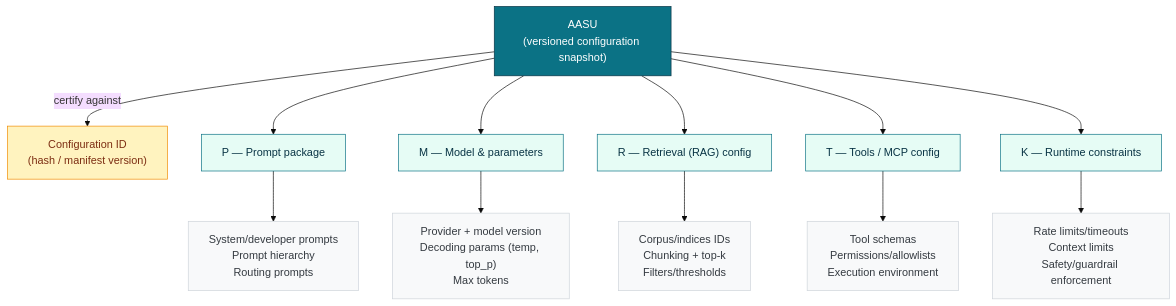
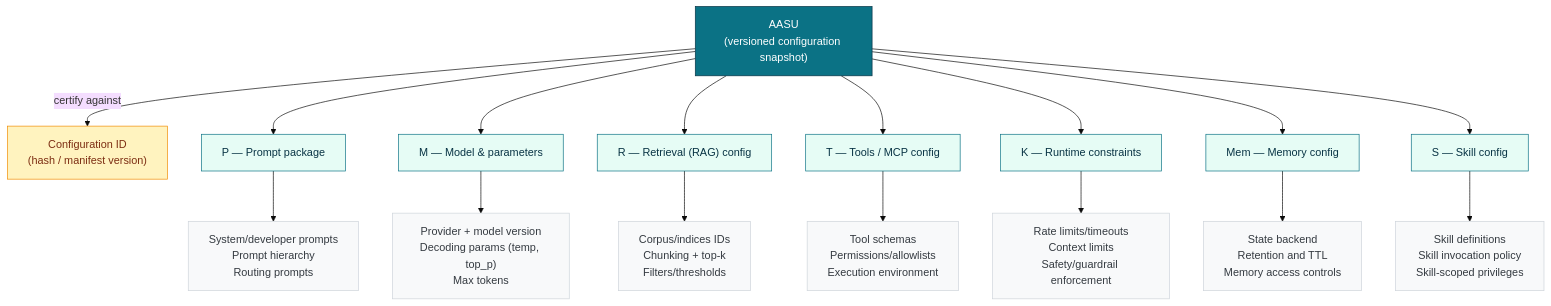
One commit to SAISec/AASU changed the first of 9 diagrams in AASU_White_Paper_Consolidated_v2_2.md. Above: the diagram before and after it, drawn with Mermaid (base theme). The commit also changed other lines of this file and 22 other files, not shown here.

Commit message:
Extend AASU PMRTK with memory/skill components and update docs/mermaid

````diff
--- a/AASU_White_Paper_Consolidated_v2_2.md
+++ b/AASU_White_Paper_Consolidated_v2_2.md
@@ -65,29 +68,35 @@
 ```mermaid
 flowchart TB
   A["AASU<br/>(versioned configuration snapshot)"]:::aasu
   ID["Configuration ID<br/>(hash / manifest version)"]:::id
 
   P["P — Prompt package"]:::comp
   M["M — Model & parameters"]:::comp
   R["R — Retrieval (RAG) config"]:::comp
   T["T — Tools / MCP config"]:::comp
   K["K — Runtime constraints"]:::comp
+  Mem["Mem — Memory config"]:::comp
+  S["S — Skill config"]:::comp
 
   A --> P
   A --> M
   A --> R
   A --> T
   A --> K
+  A --> Mem
+  A --> S
   A -->|certify against| ID
 
   P --> Pdetail["System/developer prompts<br/>Prompt hierarchy<br/>Routing prompts"]:::detail
   M --> Mdetail["Provider + model version<br/>Decoding params (temp, top_p)<br/>Max tokens"]:::detail
   R --> Rdetail["Corpus/indices IDs<br/>Chunking + top-k<br/>Filters/thresholds"]:::detail
   T --> Tdetail["Tool schemas<br/>Permissions/allowlists<br/>Execution environment"]:::detail
   K --> Kdetail["Rate limits/timeouts<br/>Context limits<br/>Safety/guardrail enforcement"]:::detail
+  Mem --> Memdetail["State backend<br/>Retention and TTL<br/>Memory access controls"]:::detail
+  S --> Sdetail["Skill definitions<br/>Skill invocation policy<br/>Skill-scoped privileges"]:::detail
 
   classDef aasu fill:#0b7285,stroke:#083344,color:#ffffff;
   classDef id fill:#fff3bf,stroke:#f08c00,color:#7c2d12;
   classDef comp fill:#e6fcf5,stroke:#0b7285,color:#083344;
   classDef detail fill:#f8f9fa,stroke:#ced4da,color:#343a40;
 ```
````
